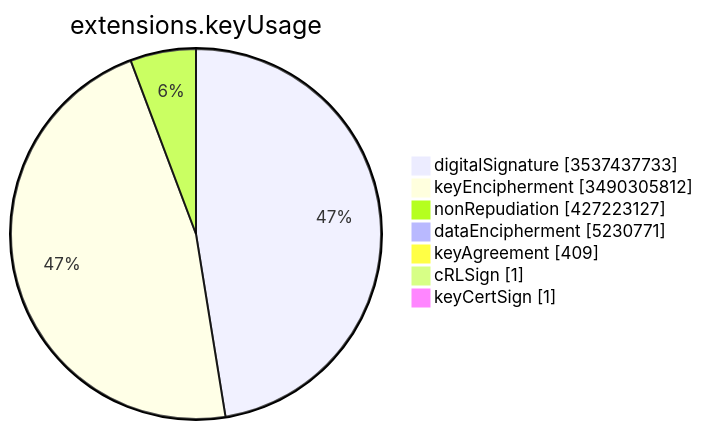
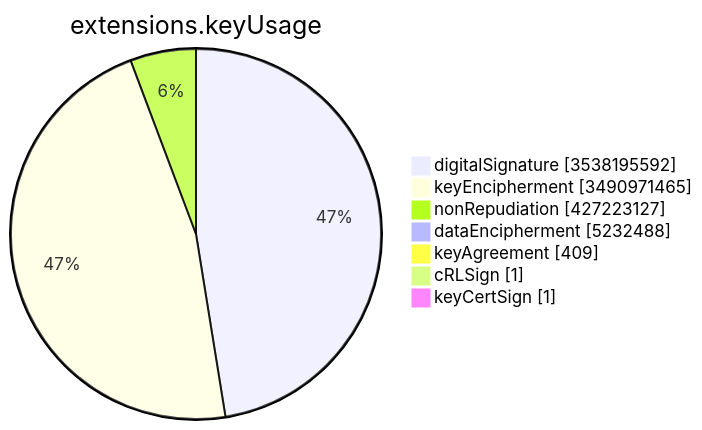
Before and after one commit to christiankrug/ctmonitor_visualization: the sixth of 15 diagrams in TOTAL/README.md, drawn with Mermaid. The commit also changed other lines of this file, not shown here.

````diff
--- a/TOTAL/README.md
+++ b/TOTAL/README.md
@@ -3083,11 +3083,11 @@
 ```mermaid
 pie showData
 title extensions.keyUsage
-"digitalSignature" :3537437733
-"keyEncipherment" :3490305812
+"digitalSignature" :3538195592
+"keyEncipherment" :3490971465
 "nonRepudiation" :427223127
-"dataEncipherment" :5230771
+"dataEncipherment" :5232488
 "keyAgreement" :409
 "cRLSign" :1
 "keyCertSign" :1
 ```
````
